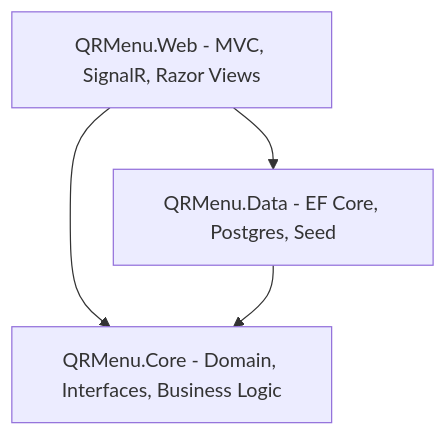
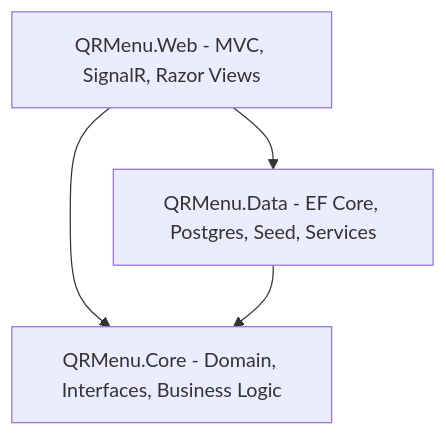
One commit to brhnshn/QRMenu changed the diagram in README.md. Above: the diagram before and after it, drawn with Mermaid. The commit also changed other lines of this file and 137 other files, not shown here.

Commit message:
fix: apply comprehensive security hardening, modular clean architecture and dockerization

````diff
--- a/README.md
+++ b/README.md
@@ -15,6 +15,6 @@
 ```mermaid
 graph TD
-    Web[QRMenu.Web - MVC, SignalR, Razor Views] --> Data[QRMenu.Data - EF Core, Postgres, Seed]
+    Web[QRMenu.Web - MVC, SignalR, Razor Views] --> Data[QRMenu.Data - EF Core, Postgres, Seed, Services]
     Web --> Core[QRMenu.Core - Domain, Interfaces, Business Logic]
     Data --> Core
 ```
````
